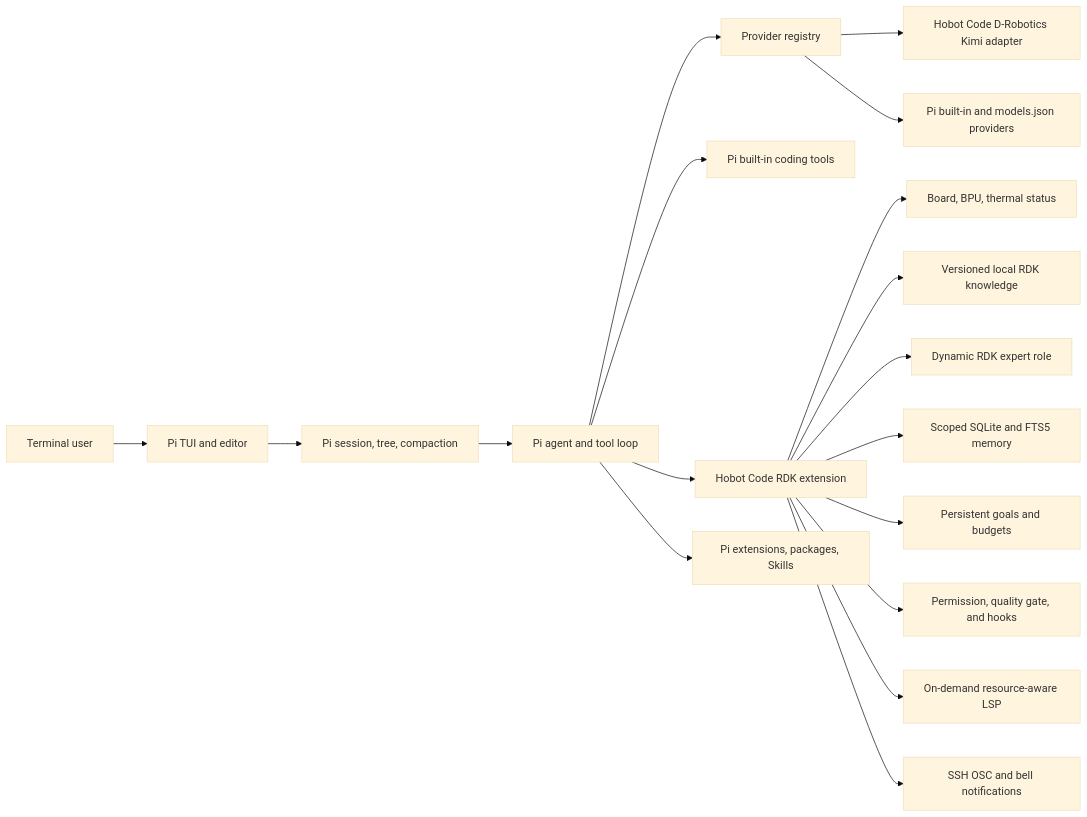
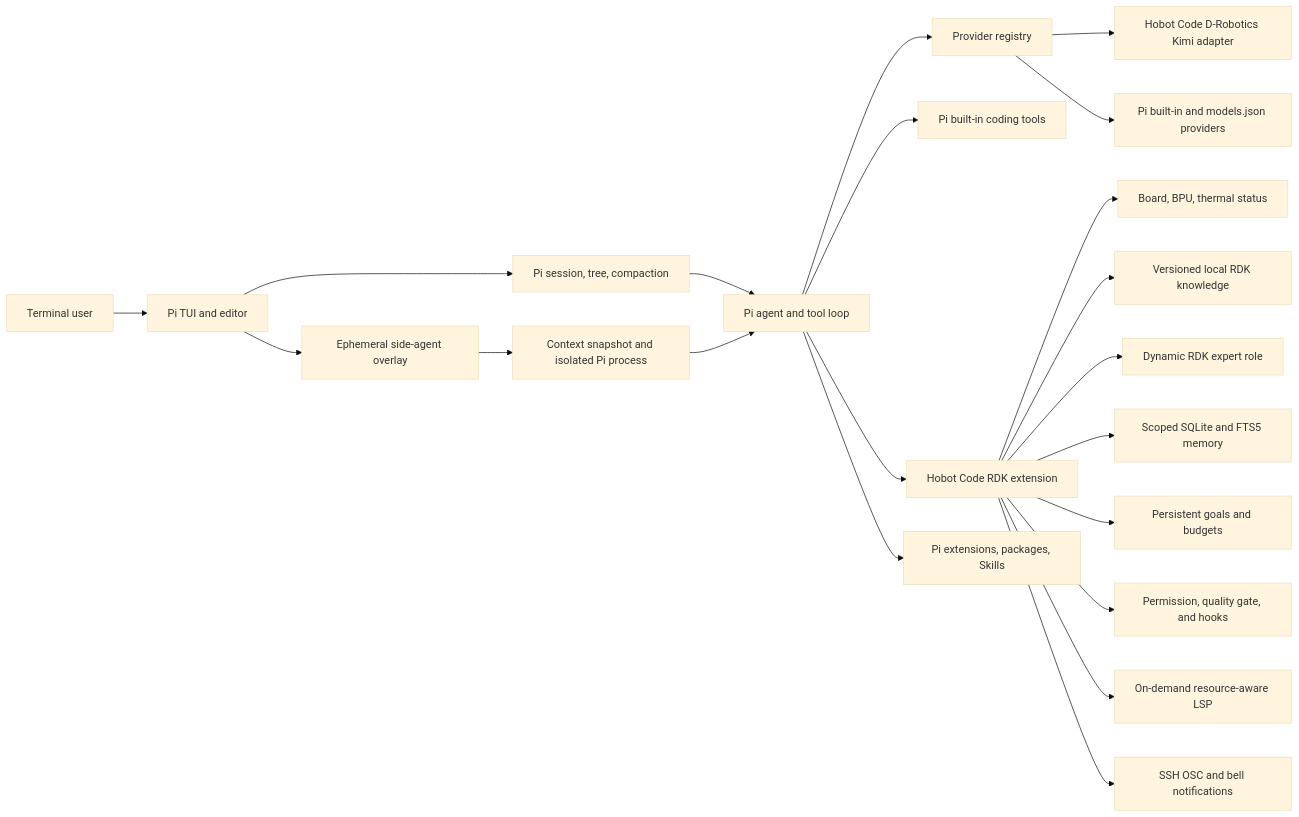
One commit to Kyrie-w8/hobot-code changed the diagram in docs/architecture.md. Above: the diagram before and after it, drawn with Mermaid (base theme). The commit also changed other lines of this file and 10 other files, not shown here.

Commit message:
feat: add ephemeral side agents

````diff
--- a/docs/architecture.md
+++ b/docs/architecture.md
@@ -5,20 +5,23 @@
 ```mermaid
 flowchart LR
   U["Terminal user"] --> T["Pi TUI and editor"]
   T --> S["Pi session, tree, compaction"]
   S --> A["Pi agent and tool loop"]
   A --> P["Provider registry"]
   P --> K["Hobot Code D-Robotics Kimi adapter"]
   P --> V["Pi built-in and models.json providers"]
   A --> B["Pi built-in coding tools"]
   A --> R["Hobot Code RDK extension"]
   R --> H["Board, BPU, thermal status"]
   R --> D["Versioned local RDK knowledge"]
   R --> E["Dynamic RDK expert role"]
   R --> M["Scoped SQLite and FTS5 memory"]
   R --> G["Persistent goals and budgets"]
   R --> C["Permission, quality gate, and hooks"]
   R --> L["On-demand resource-aware LSP"]
   R --> N["SSH OSC and bell notifications"]
   A --> X["Pi extensions, packages, Skills"]
+  T --> W["Ephemeral side-agent overlay"]
+  W --> Q["Context snapshot and isolated Pi process"]
+  Q --> A
 ```
````
